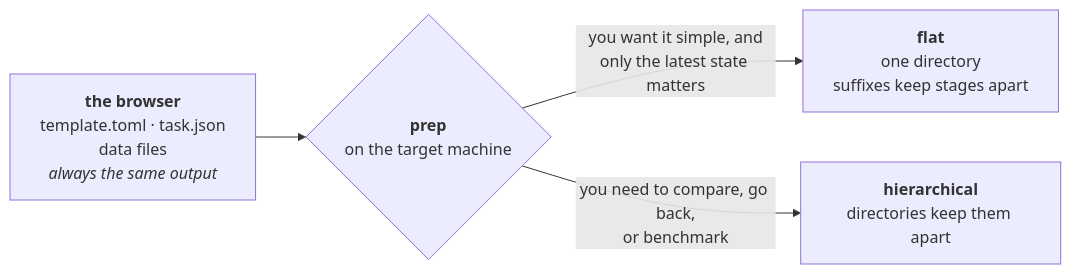
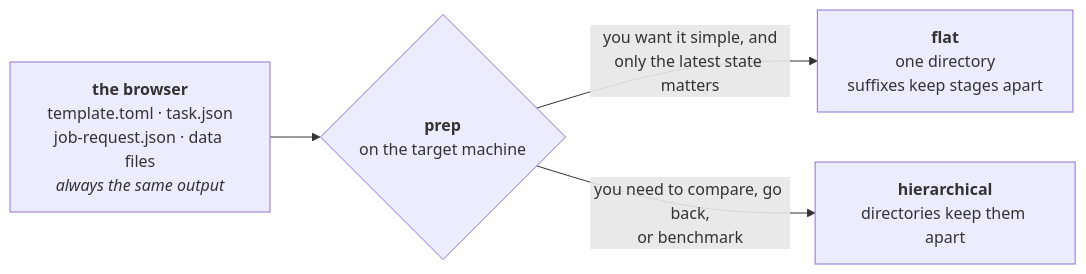
One commit to Qing-LAB/molbuilder changed the second of 10 diagrams in docs/execution/project-layout.md. Above: the diagram before and after it, drawn with Mermaid. The commit also changed other lines of this file and 196 other files, not shown here.

````diff
--- a/docs/execution/project-layout.md
+++ b/docs/execution/project-layout.md
@@ -230,10 +231,10 @@
 ```mermaid
 flowchart LR
-    UI["<b>the browser</b><br/>template.toml · task.json<br/>data files<br/><i>always the same output</i>"]
+    UI["<b>the browser</b><br/>template.toml · task.json<br/>job-request.json · data files<br/><i>always the same output</i>"]
     P{"<b>prep</b><br/>on the target machine"}
     F["<b>flat</b><br/>one directory<br/>suffixes keep stages apart"]
     H["<b>hierarchical</b><br/>directories keep them apart"]
     UI --> P
     P -->|"you want it simple, and<br/>only the latest state matters"| F
     P -->|"you need to compare, go back,<br/>or benchmark"| H
 ```
````
